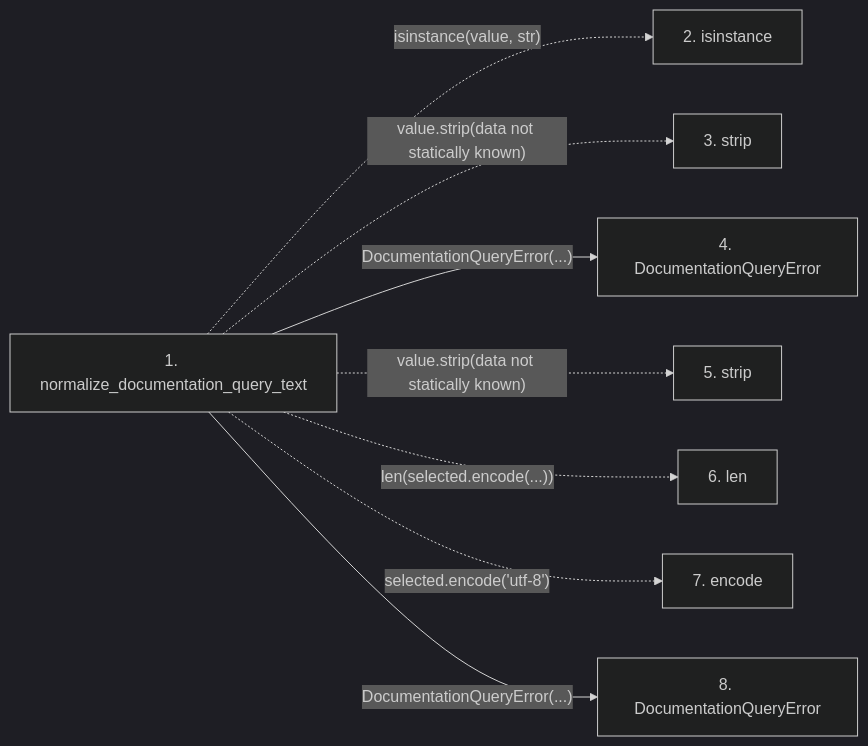
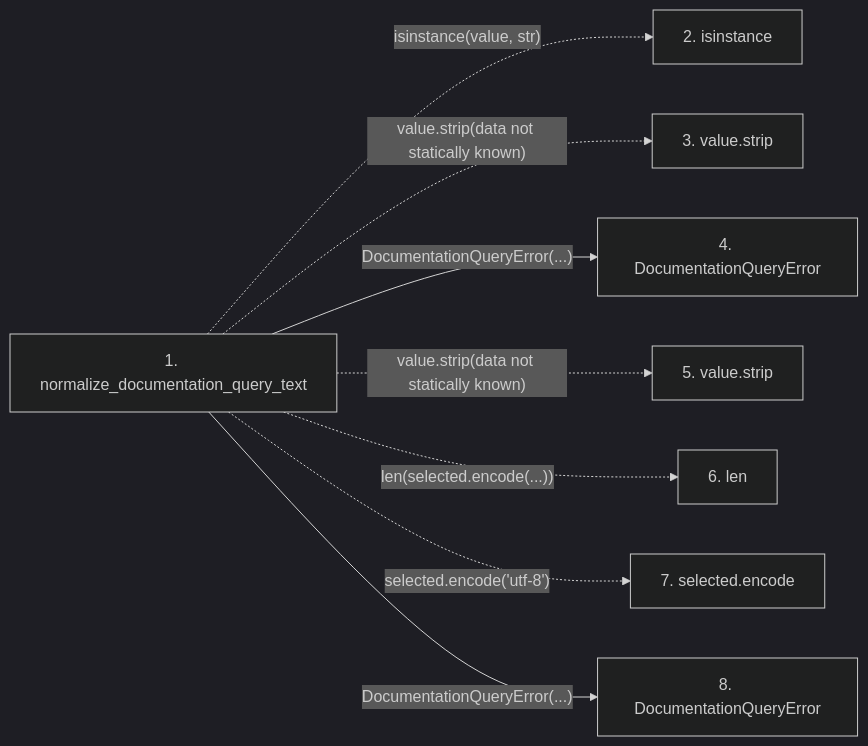
One commit to Denissvgn/python-wiki-llm changed the second of 2 diagrams in docs/llm_wiki/flows/api-normalize_documentation_query_text.md. Above: the diagram before and after it, drawn with Mermaid (dark theme). The commit also changed other lines of this file and 719 other files, not shown here.

````diff
--- a/docs/llm_wiki/flows/api-normalize_documentation_query_text.md
+++ b/docs/llm_wiki/flows/api-normalize_documentation_query_text.md
@@ -30,21 +30,21 @@
 ```mermaid
 flowchart LR
     s1["1. normalize_documentation_query_text"]
     s2["2. isinstance"]
-    s3["3. strip"]
+    s3["3. value.strip"]
     s4["4. DocumentationQueryError"]
-    s5["5. strip"]
+    s5["5. value.strip"]
     s6["6. len"]
-    s7["7. encode"]
+    s7["7. selected.encode"]
     s8["8. DocumentationQueryError"]
     s1 -. "isinstance(value, str)" .-> s2
     s1 -. "value.strip(data not statically known)" .-> s3
     s1 -->|"DocumentationQueryError(...)"| s4
     s1 -. "value.strip(data not statically known)" .-> s5
     s1 -. "len(selected.encode(...))" .-> s6
     s1 -. "selected.encode('utf-8')" .-> s7
     s1 -->|"DocumentationQueryError(...)"| s8
     click s1 "../modules/documentation_query_builder.md"
     click s4 "../modules/documentation_queries.md"
     click s8 "../modules/documentation_queries.md"
 ```
````
